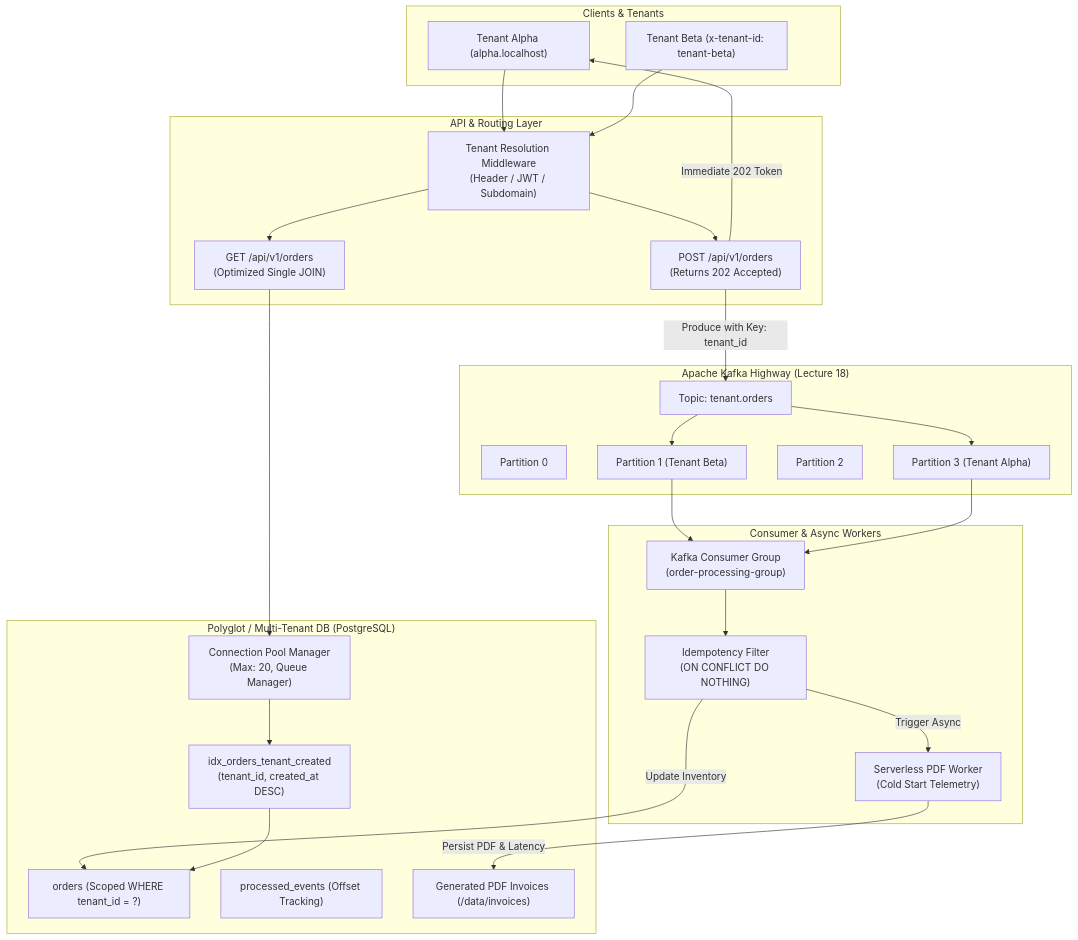
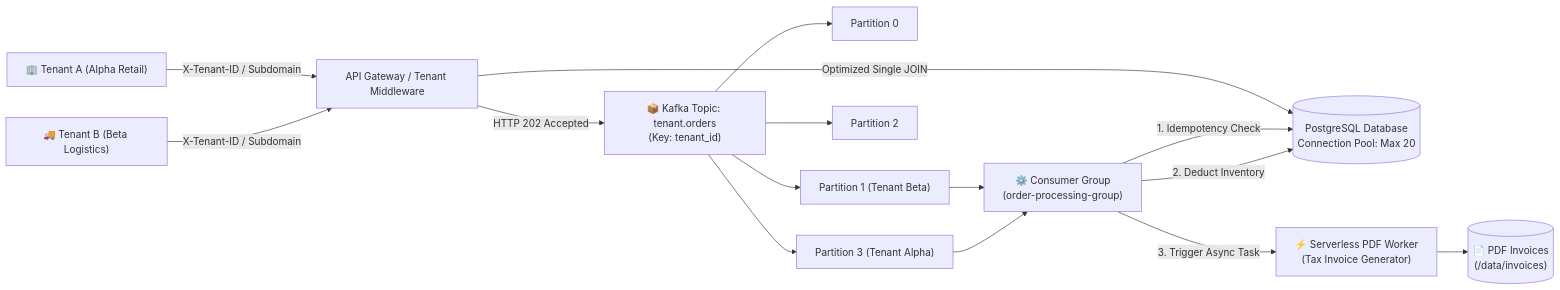
One commit to ahsanalich358/Lab-6-Assignment-AWT changed the diagram in README.md. Above: the diagram before and after it, drawn with Mermaid. The commit also changed other lines of this file, not shown here.

````diff
--- a/README.md
+++ b/README.md
@@ -23,52 +27,21 @@
 ```mermaid
-flowchart TD
-    subgraph Clients["Clients & Tenants"]
-        ClientA["Tenant Alpha (alpha.localhost)"]
-        ClientB["Tenant Beta (x-tenant-id: tenant-beta)"]
-    end
+flowchart LR
+    ClientA["🏢 Tenant A (Alpha Retail)"] -->|X-Tenant-ID / Subdomain| Gateway["API Gateway / Tenant Middleware"]
+    ClientB["🚚 Tenant B (Beta Logistics)"] -->|X-Tenant-ID / Subdomain| Gateway
 
-    subgraph Gateway["API & Routing Layer"]
-        MW["Tenant Resolution Middleware\n(Header / JWT / Subdomain)"]
-        OrdersAPI["POST /api/v1/orders\n(Returns 202 Accepted)"]
-        QueryAPI["GET /api/v1/orders\n(Optimized Single JOIN)"]
-    end
+    Gateway -->|HTTP 202 Accepted| KafkaTopic["📦 Kafka Topic: tenant.orders\n(Key: tenant_id)"]
+    Gateway -->|Optimized Single JOIN| DB[(PostgreSQL Database\nConnection Pool: Max 20)]
 
-    subgraph KafkaStream["Apache Kafka Highway (Lecture 18)"]
-        Topic["Topic: tenant.orders"]
-        P0["Partition 0"]
-        P1["Partition 1 (Tenant Beta)"]
-        P2["Partition 2"]
-        P3["Partition 3 (Tenant Alpha)"]
-    end
+    KafkaTopic --> Partition0["Partition 0"]
+    KafkaTopic --> Partition1["Partition 1 (Tenant Beta)"]
+    KafkaTopic --> Partition2["Partition 2"]
+    KafkaTopic --> Partition3["Partition 3 (Tenant Alpha)"]
 
-    subgraph Workers["Consumer & Async Workers"]
-        Consumer["Kafka Consumer Group\n(order-processing-group)"]
-        Idempotent["Idempotency Filter\n(ON CONFLICT DO NOTHING)"]
-        ServerlessWorker["Serverless PDF Worker\n(Cold Start Telemetry)"]
-    end
+    Partition1 --> ConsumerGroup["⚙️ Consumer Group\n(order-processing-group)"]
+    Partition3 --> ConsumerGroup
 
-    subgraph Database["Polyglot / Multi-Tenant DB (PostgreSQL)"]
-        Pool["Connection Pool Manager\n(Max: 20, Queue Manager)"]
-        OrdersTable["orders (Scoped WHERE tenant_id = ?)"]
-        Index["idx_orders_tenant_created\n(tenant_id, created_at DESC)"]
-        EventsTable["processed_events (Offset Tracking)"]
-        InvoiceStorage["Generated PDF Invoices (/data/invoices)"]
-    end
-
-    ClientA --> MW
-    ClientB --> MW
-    MW --> OrdersAPI
-    MW --> QueryAPI
-    OrdersAPI -->|Immediate 202 Token| ClientA
-    OrdersAPI -->|Produce with Key: tenant_id| Topic
-    Topic --> P1
-    Topic --> P3
-    P1 --> Consumer
-    P3 --> Consumer
-    Consumer --> Idempotent
-    Idempotent -->|Update Inventory| OrdersTable
-    Idempotent -->|Trigger Async| ServerlessWorker
-    ServerlessWorker -->|Persist PDF & Latency| InvoiceStorage
-    QueryAPI --> Pool
-    Pool --> Index --> OrdersTable
+    ConsumerGroup -->|1. Idempotency Check| DB
+    ConsumerGroup -->|2. Deduct Inventory| DB
+    ConsumerGroup -->|3. Trigger Async Task| ServerlessWorker["⚡ Serverless PDF Worker\n(Tax Invoice Generator)"]
+    ServerlessWorker --> Storage[("📄 PDF Invoices\n(/data/invoices)")]
 ```
````
